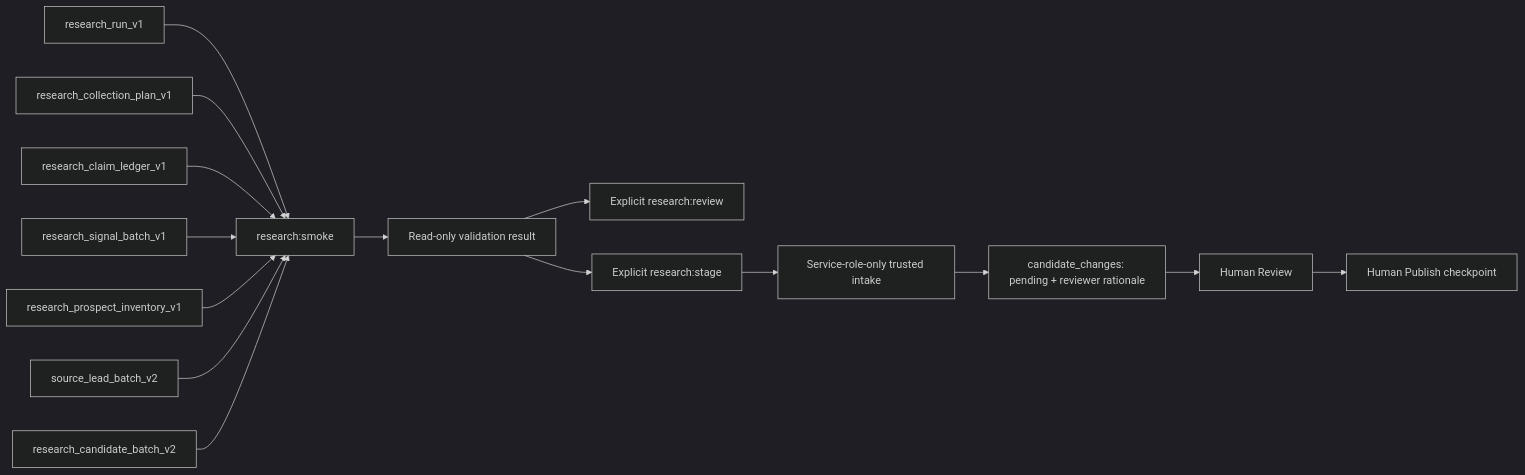
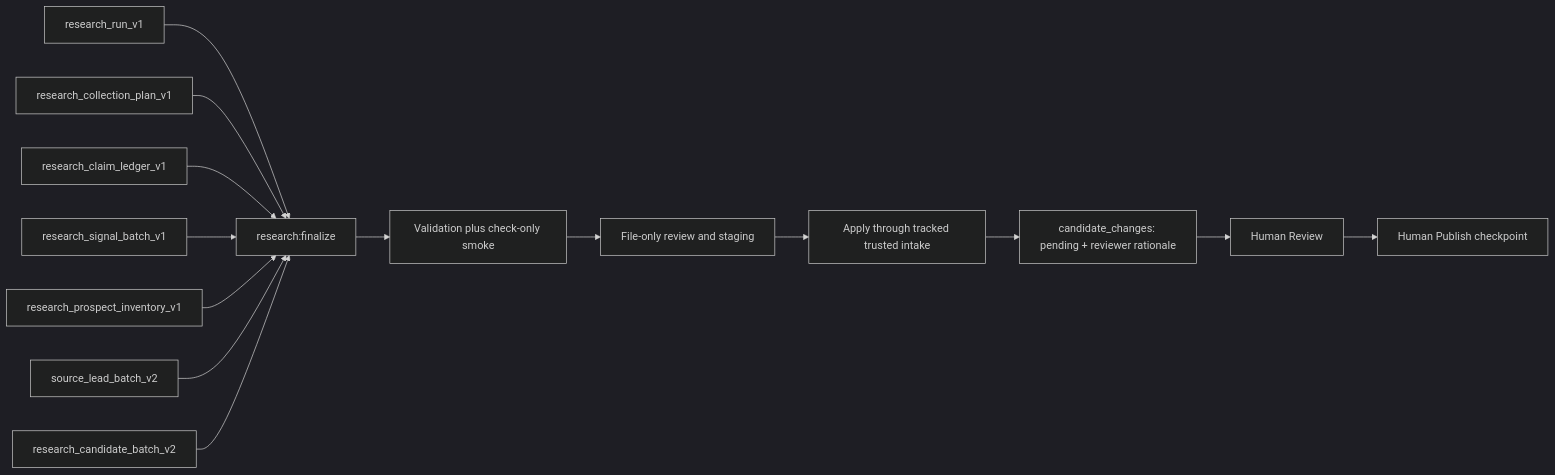
Before and after one commit to AndDavies/ecosystem_intelligence: the fourth of 6 diagrams in context/governance/Autonomous Ecosystem Research Pipeline.md, drawn with Mermaid (dark theme). The commit also changed other lines of this file and 10 other files, not shown here.

````diff
--- a/context/governance/Autonomous Ecosystem Research Pipeline.md
+++ b/context/governance/Autonomous Ecosystem Research Pipeline.md
@@ -157,17 +157,16 @@
 ```mermaid
 flowchart LR
-  R["research_run_v1"] --> V["research:smoke"]
+  R["research_run_v1"] --> V["research:finalize"]
   CP["research_collection_plan_v1"] --> V
   CL["research_claim_ledger_v1"] --> V
   S["research_signal_batch_v1"] --> V
   P["research_prospect_inventory_v1"] --> V
   L["source_lead_batch_v2"] --> V
   C["research_candidate_batch_v2"] --> V
-  V --> CK["Read-only validation result"]
-  CK --> RP["Explicit research:review"]
-  CK --> SE["Explicit research:stage"]
-  SE --> TI["Service-role-only trusted intake"]
+  V --> CK["Validation plus check-only smoke"]
+  CK --> RP["File-only review and staging"]
+  RP --> TI["Apply through tracked trusted intake"]
   TI --> CR["candidate_changes: pending + reviewer rationale"]
   CR --> HR["Human Review"]
   HR --> PC["Human Publish checkpoint"]
 ```
````
